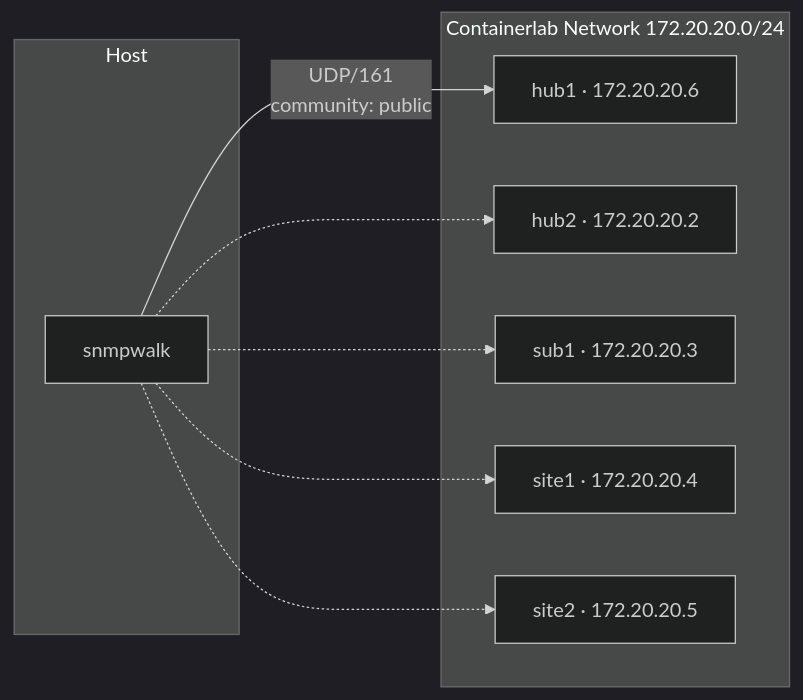
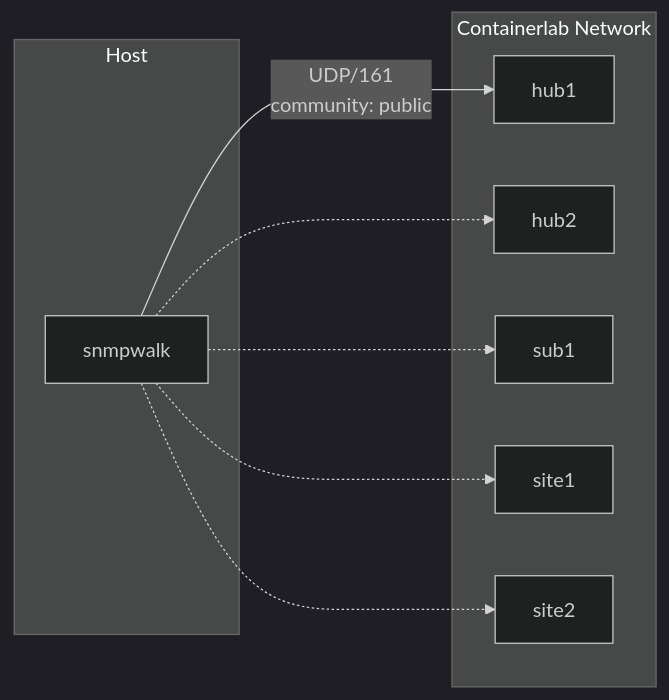
One commit to mhuot/topotest changed the third of 4 diagrams in README.md. Above: the diagram before and after it, drawn with Mermaid (dark theme). The commit also changed other lines of this file, not shown here.

First line of the commit message:
Update README with minimal topology diagrams and dynamic IP notes

````diff
--- a/README.md
+++ b/README.md
@@ -241,18 +267,18 @@
 ```mermaid
 graph LR
   subgraph Host
     snmpwalk
   end
-  subgraph Containerlab Network 172.20.20.0/24
-    hub1["hub1 · 172.20.20.6"]
-    hub2["hub2 · 172.20.20.2"]
-    sub1["sub1 · 172.20.20.3"]
-    site1["site1 · 172.20.20.4"]
-    site2["site2 · 172.20.20.5"]
+  subgraph Containerlab Network
+    hub1["hub1"]
+    hub2["hub2"]
+    sub1["sub1"]
+    site1["site1"]
+    site2["site2"]
   end
   snmpwalk -- "UDP/161<br/>community: public" --> hub1
   snmpwalk -.-> hub2
   snmpwalk -.-> sub1
   snmpwalk -.-> site1
   snmpwalk -.-> site2
 ```
````
